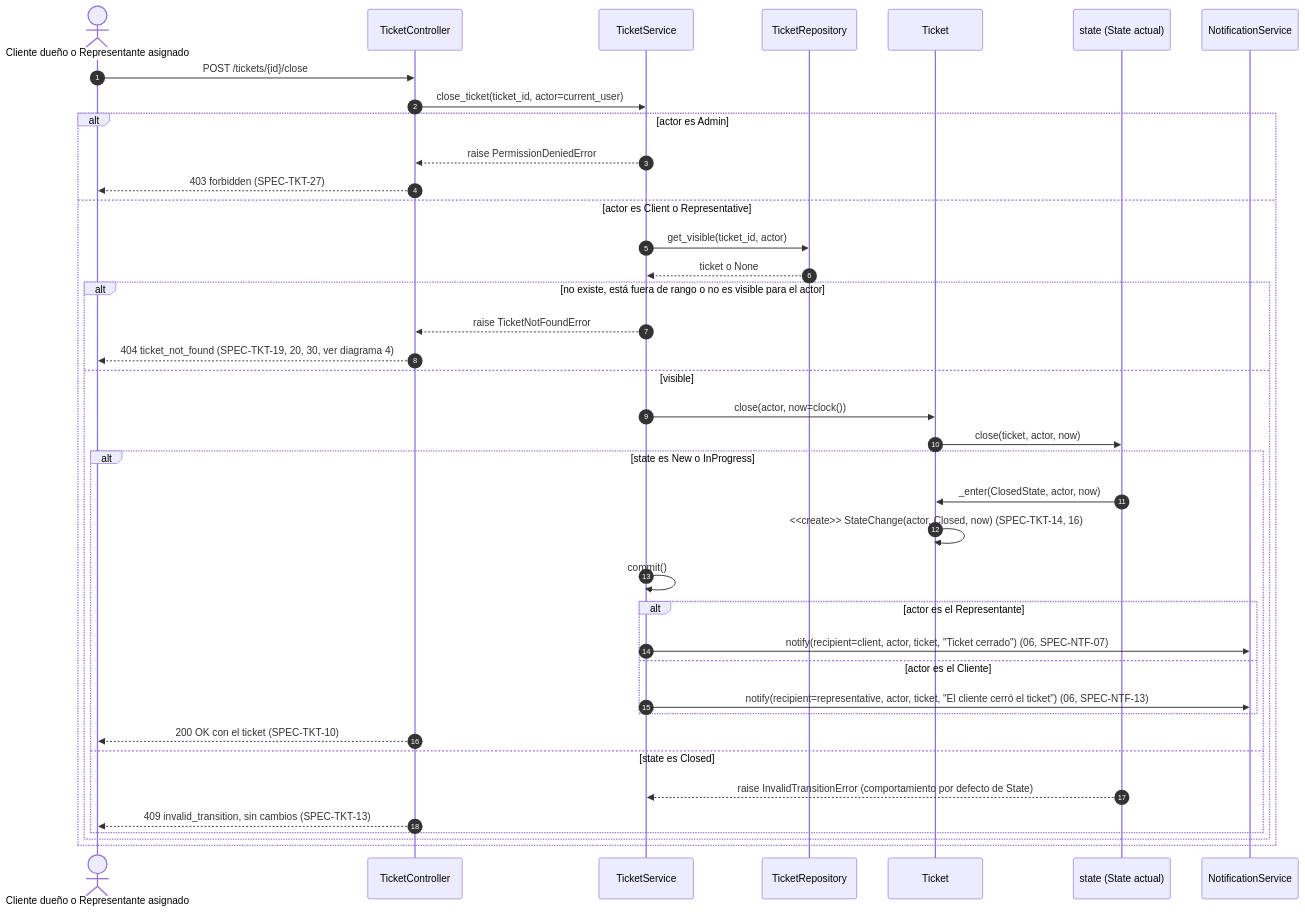
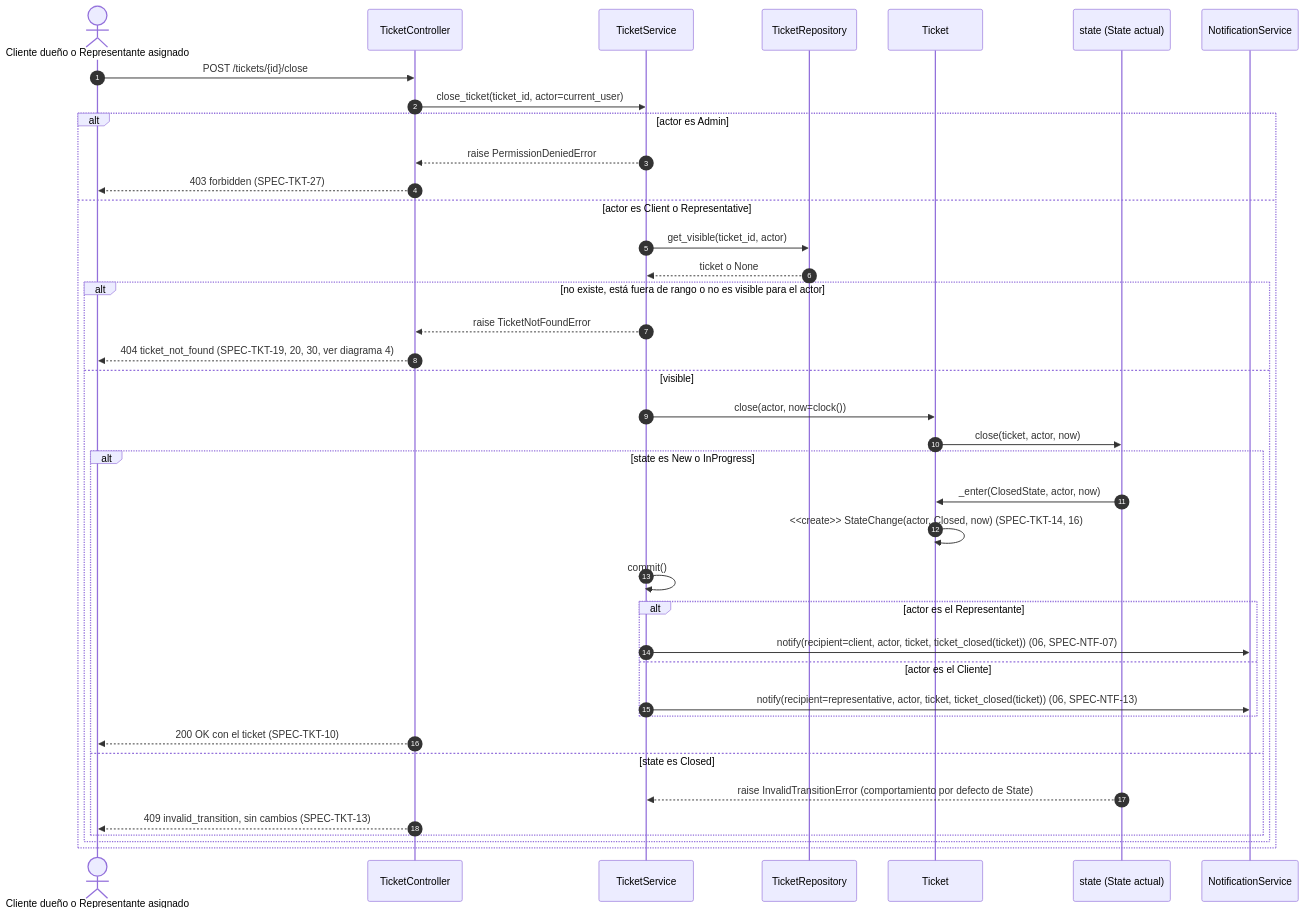
One commit to Diazfe-dev/AyED-III-python-ticket-service changed the second of 5 diagrams in diagrams/sequences/04-tickets.md. Above: the diagram before and after it, drawn with Mermaid. The commit also changed other lines of this file and 8 other files, not shown here.

Commit message:
docs(notification): sync diagrams, AGENTS.md and MEMORY.md

````diff
--- a/diagrams/sequences/04-tickets.md
+++ b/diagrams/sequences/04-tickets.md
@@ -70,42 +70,42 @@
 ```mermaid
 sequenceDiagram
     autonumber
     actor U as Cliente dueño o Representante asignado
     participant TC as TicketController
     participant TS as TicketService
     participant TR as TicketRepository
     participant T as Ticket
     participant S as state (State actual)
     participant NS as NotificationService
 
     U->>TC: POST /tickets/{id}/close
     TC->>TS: close_ticket(ticket_id, actor=current_user)
     alt actor es Admin
         TS-->>TC: raise PermissionDeniedError
         TC-->>U: 403 forbidden (SPEC-TKT-27)
     else actor es Client o Representative
         TS->>TR: get_visible(ticket_id, actor)
         TR-->>TS: ticket o None
         alt no existe, está fuera de rango o no es visible para el actor
             TS-->>TC: raise TicketNotFoundError
             TC-->>U: 404 ticket_not_found (SPEC-TKT-19, 20, 30, ver diagrama 4)
         else visible
             TS->>T: close(actor, now=clock())
             T->>S: close(ticket, actor, now)
             alt state es New o InProgress
                 S->>T: _enter(ClosedState, actor, now)
                 T->>T: <<create>> StateChange(actor, Closed, now) (SPEC-TKT-14, 16)
                 TS->>TS: commit()
                 alt actor es el Representante
-                    TS->>NS: notify(recipient=client, actor, ticket, "Ticket cerrado") (06, SPEC-NTF-07)
+                    TS->>NS: notify(recipient=client, actor, ticket, ticket_closed(ticket)) (06, SPEC-NTF-07)
                 else actor es el Cliente
-                    TS->>NS: notify(recipient=representative, actor, ticket, "El cliente cerró el ticket") (06, SPEC-NTF-13)
+                    TS->>NS: notify(recipient=representative, actor, ticket, ticket_closed(ticket)) (06, SPEC-NTF-13)
                 end
                 TC-->>U: 200 OK con el ticket (SPEC-TKT-10)
             else state es Closed
                 S-->>TS: raise InvalidTransitionError (comportamiento por defecto de State)
                 TC-->>U: 409 invalid_transition, sin cambios (SPEC-TKT-13)
             end
         end
     end
 ```
````
